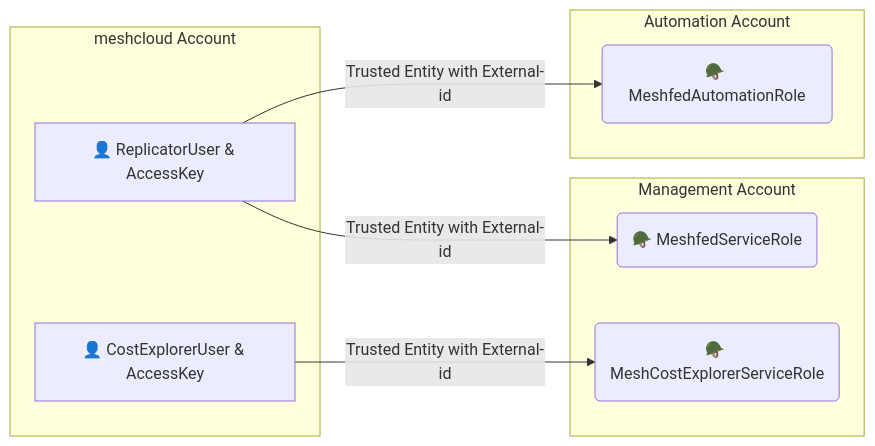
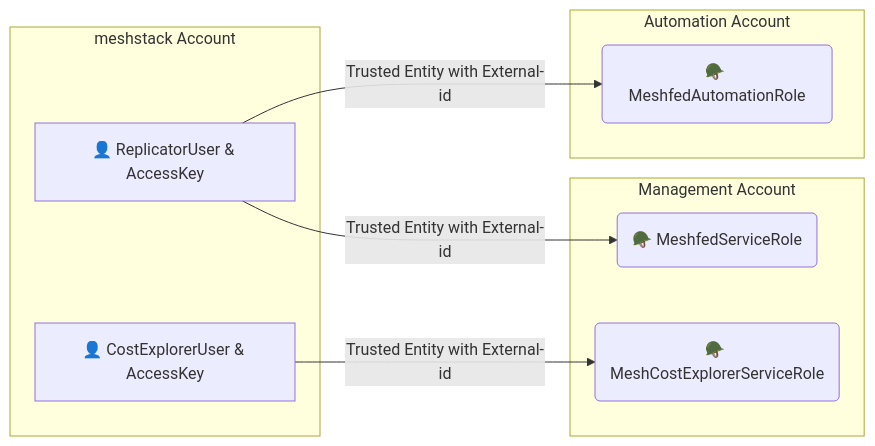
The diagram in README.md (meshcloud/terraform-aws-meshplatform), drawn with Mermaid before and after one commit. The commit also changed other lines of this file and 31 other files, not shown here.

````diff
--- a/README.md
+++ b/README.md
@@ -27,17 +27,17 @@
 ```mermaid
 graph LR;
     subgraph Management Account
         meshfedServiceRole("🪖 MeshfedServiceRole");
         costExplorerServiceRole("🪖 MeshCostExplorerServiceRole");
     end
-    subgraph meshcloud Account
+    subgraph meshstack Account
         replicatorUser["👤 ReplicatorUser & AccessKey"];
         costExplorerUser["👤 CostExplorerUser & AccessKey"];
     end
     replicatorUser--Trusted Entity with External-id-->meshfedServiceRole;
     costExplorerUser--Trusted Entity with External-id-->costExplorerServiceRole;
     subgraph Automation Account
         meshfedAutomationRole("🪖 MeshfedAutomationRole");
     end
     replicatorUser--Trusted Entity with External-id-->meshfedAutomationRole
 ```
````
